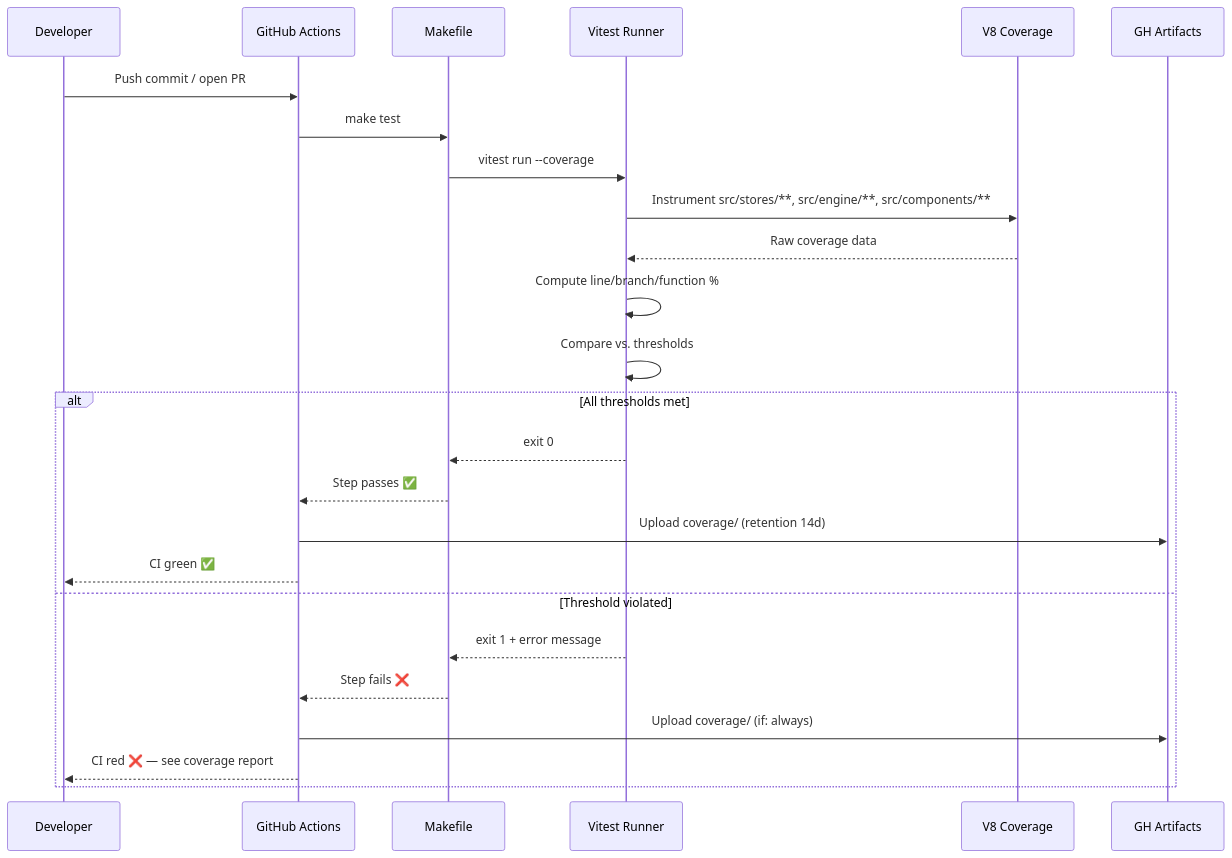
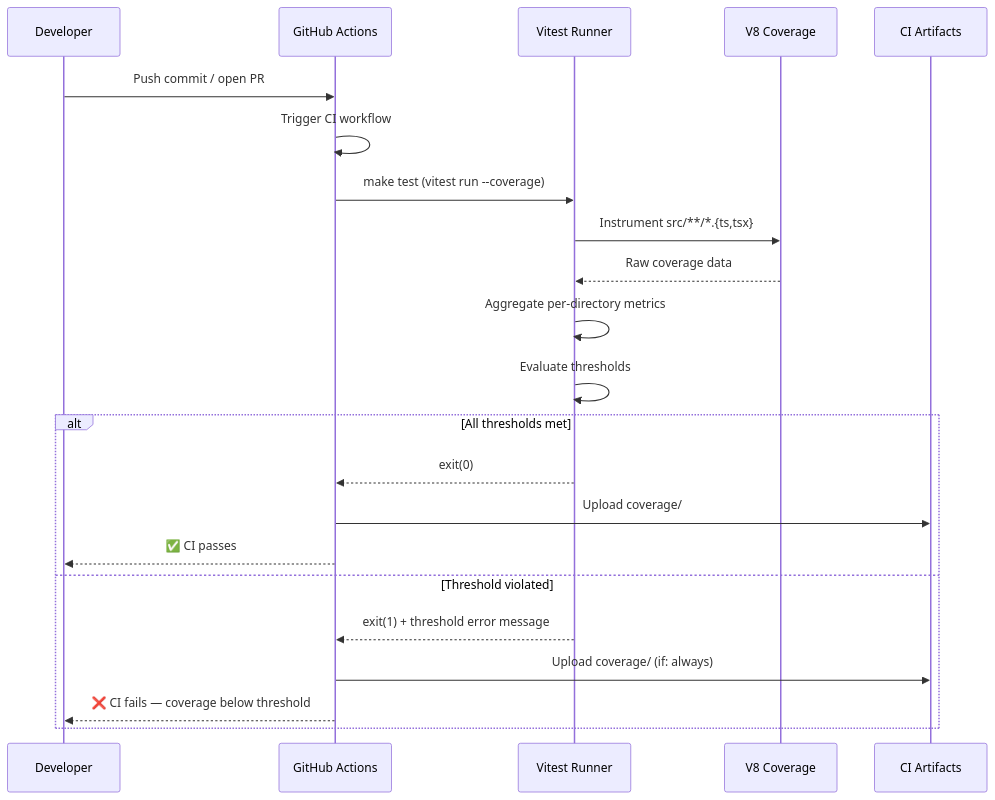
The first of 2 diagrams in docs/features/NFR-MAINT-001/LOW_LEVEL_DESIGN.md (sreenivasmrpivot/legobuilder), drawn with Mermaid before and after one commit. The commit also changed other lines of this file, not shown here.

First line of the commit message:
docs: LLD for NFR-MAINT-001 — Enforce ≥60% state logic and ≥50% component test coverage in CI

````diff
--- a/docs/features/NFR-MAINT-001/LOW_LEVEL_DESIGN.md
+++ b/docs/features/NFR-MAINT-001/LOW_LEVEL_DESIGN.md
@@ -257,28 +236,25 @@
 ```mermaid
 sequenceDiagram
     participant Dev as Developer
     participant GH as GitHub Actions
-    participant Make as Makefile
     participant Vitest as Vitest Runner
     participant V8 as V8 Coverage
-    participant Artifacts as GH Artifacts
+    participant Artifact as CI Artifacts
 
     Dev->>GH: Push commit / open PR
-    GH->>Make: make test
-    Make->>Vitest: vitest run --coverage
-    Vitest->>V8: Instrument src/stores/**, src/engine/**, src/components/**
+    GH->>GH: Trigger CI workflow
+    GH->>Vitest: make test (vitest run --coverage)
+    Vitest->>V8: Instrument src/**/*.{ts,tsx}
     V8-->>Vitest: Raw coverage data
-    Vitest->>Vitest: Compute line/branch/function %
-    Vitest->>Vitest: Compare vs. thresholds
+    Vitest->>Vitest: Aggregate per-directory metrics
+    Vitest->>Vitest: Evaluate thresholds
     alt All thresholds met
-        Vitest-->>Make: exit 0
-        Make-->>GH: Step passes ✅
-        GH->>Artifacts: Upload coverage/ (retention 14d)
-        GH-->>Dev: CI green ✅
+        Vitest-->>GH: exit(0)
+        GH->>Artifact: Upload coverage/
+        GH-->>Dev: ✅ CI passes
     else Threshold violated
-        Vitest-->>Make: exit 1 + error message
-        Make-->>GH: Step fails ❌
-        GH->>Artifacts: Upload coverage/ (if: always)
-        GH-->>Dev: CI red ❌ — see coverage report
+        Vitest-->>GH: exit(1) + threshold error message
+        GH->>Artifact: Upload coverage/ (if: always)
+        GH-->>Dev: ❌ CI fails — coverage below threshold
     end
 ```
````
